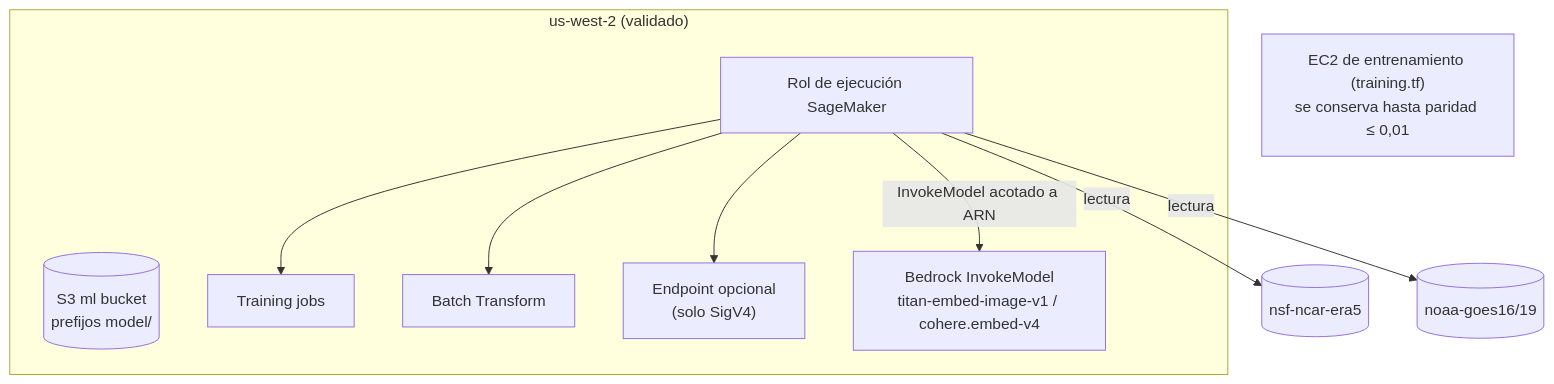
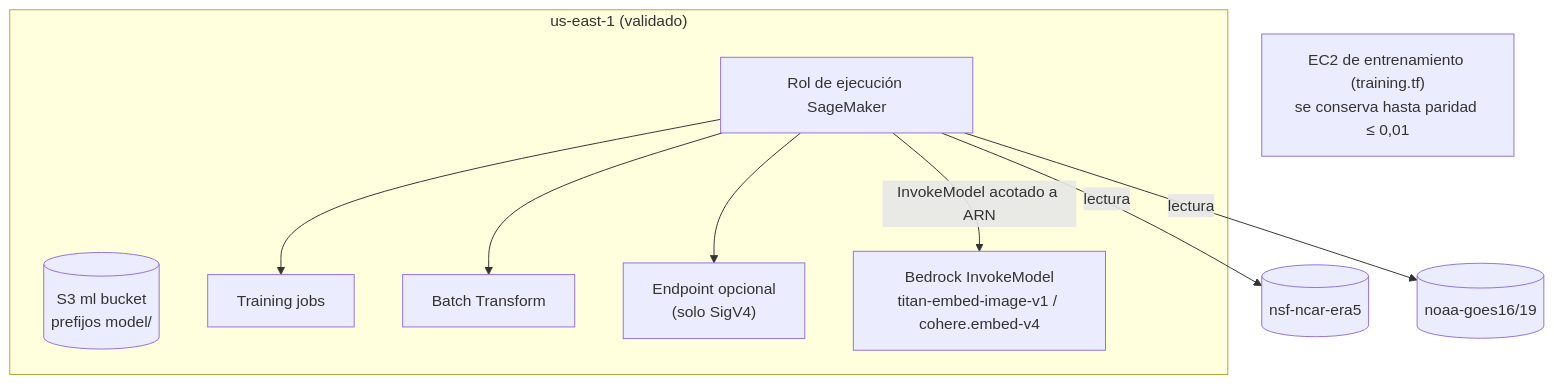
Before and after one commit to BAFCS/Prompters-AWS-Tornado: the third of 3 diagrams in .kiro/specs/multimodal-tornado-predictor/design.md, drawn with Mermaid. The commit also changed other lines of this file and 12 other files, not shown here.

````diff
--- a/.kiro/specs/multimodal-tornado-predictor/design.md
+++ b/.kiro/specs/multimodal-tornado-predictor/design.md
@@ -128,16 +128,16 @@
 ```mermaid
 flowchart TB
-    subgraph usw2["us-west-2 (validado)"]
+    subgraph use1["us-east-1 (validado)"]
         BKT[("S3 ml bucket<br/>prefijos model/")]
         ROLE["Rol de ejecución SageMaker"]
         TJ["Training jobs"]
         BT["Batch Transform"]
         EP["Endpoint opcional<br/>(solo SigV4)"]
         BR["Bedrock InvokeModel<br/>titan-embed-image-v1 / cohere.embed-v4"]
     end
     ROLE --> TJ & BT & EP
     ROLE -->|lectura| ERA5b[("nsf-ncar-era5")]
     ROLE -->|lectura| GOESb[("noaa-goes16/19")]
     ROLE -->|InvokeModel acotado a ARN| BR
     EC2["EC2 de entrenamiento (training.tf)<br/>se conserva hasta paridad ≤ 0,01"]
 ```
````
